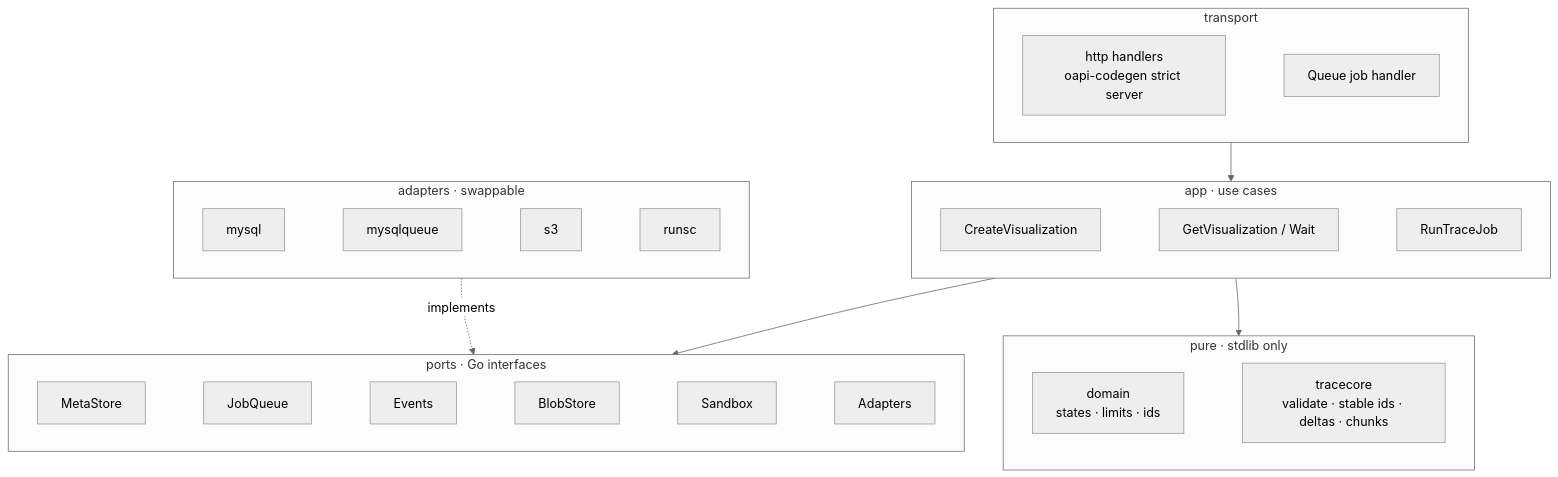
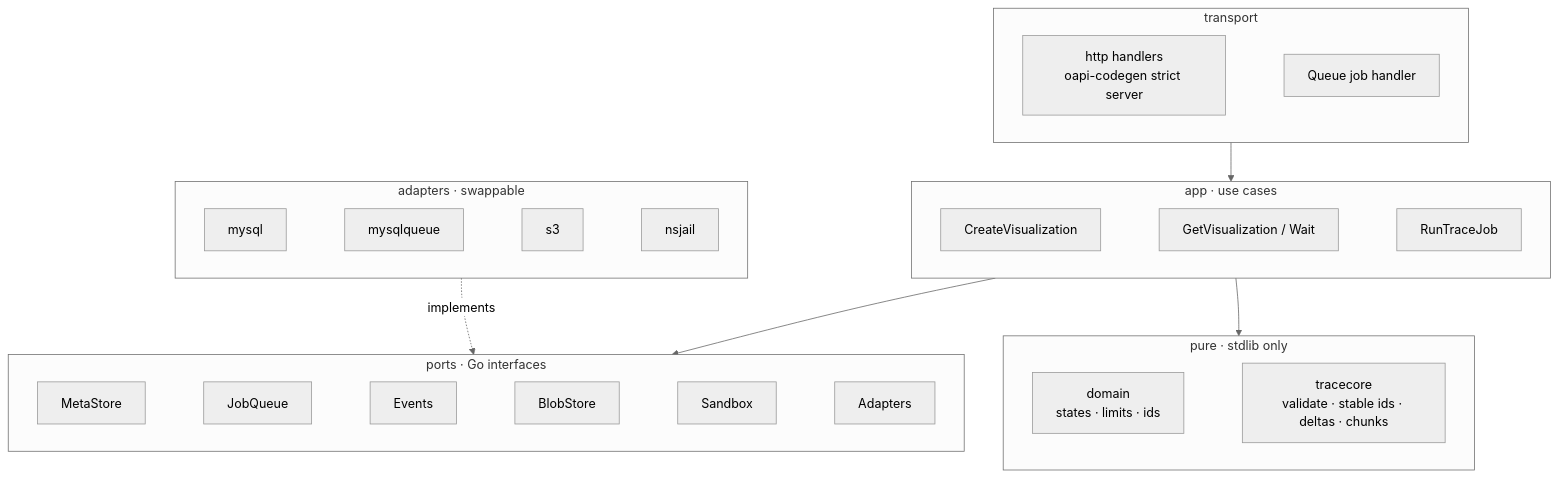
Before and after one commit to tu-hm/code-viz: the second of 6 diagrams in plans/code-visualizer-spec_2.md, drawn with Mermaid (neutral theme). The commit also changed other lines of this file and 1 other file, not shown here.

Commit message:
docs(plans): record g1 as nsjail with the s1b spike report

````diff
--- a/plans/code-visualizer-spec_2.md
+++ b/plans/code-visualizer-spec_2.md
@@ -597,34 +598,34 @@
 ```mermaid
 flowchart TB
   subgraph transport["transport"]
     direction LR
     HTTP["http handlers<br/>oapi-codegen strict server"]
     JOB["Queue job handler"]
     HTTP ~~~ JOB
   end
   subgraph app["app · use cases"]
     direction LR
     C[CreateVisualization]
     G["GetVisualization / Wait"]
     R[RunTraceJob]
     C ~~~ G ~~~ R
   end
   subgraph ports["ports · Go interfaces"]
     direction LR
     P1[MetaStore] ~~~ P2[JobQueue] ~~~ P3[Events] ~~~ P4[BlobStore] ~~~ P5[Sandbox] ~~~ P6[Adapters]
   end
   subgraph pure["pure · stdlib only"]
     direction LR
     D["domain<br/>states · limits · ids"]
     TC["tracecore<br/>validate · stable ids · deltas · chunks"]
     D ~~~ TC
   end
   subgraph impl["adapters · swappable"]
     direction LR
-    A1[mysql] ~~~ A2[mysqlqueue] ~~~ A3[s3] ~~~ A4[runsc]
+    A1[mysql] ~~~ A2[mysqlqueue] ~~~ A3[s3] ~~~ A4[nsjail]
   end
   transport --> app
   app --> ports
   app --> pure
   impl -. implements .-> ports
 ```
````
